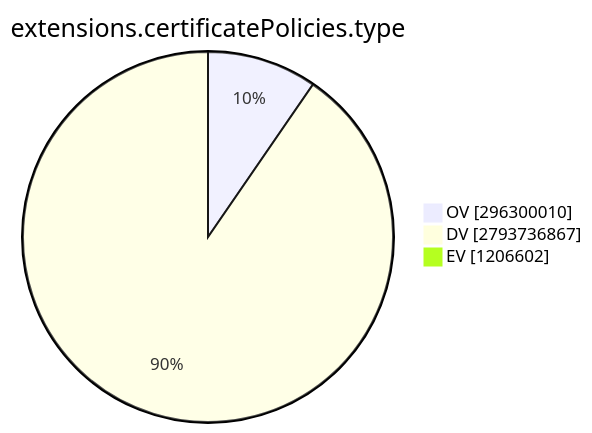
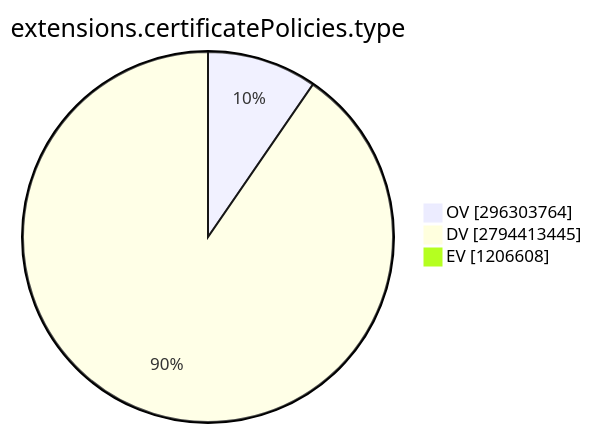
Before and after one commit to christiankrug/ctmonitor_visualization: the ninth of 15 diagrams in TOTAL/README.md, drawn with Mermaid. The commit also changed other lines of this file, not shown here.

````diff
--- a/TOTAL/README.md
+++ b/TOTAL/README.md
@@ -3099,7 +3099,7 @@
 ```mermaid
 pie showData
 title extensions.certificatePolicies.type
-"OV" :296300010
-"DV" :2793736867
-"EV" :1206602
+"OV" :296303764
+"DV" :2794413445
+"EV" :1206608
 ```
````
